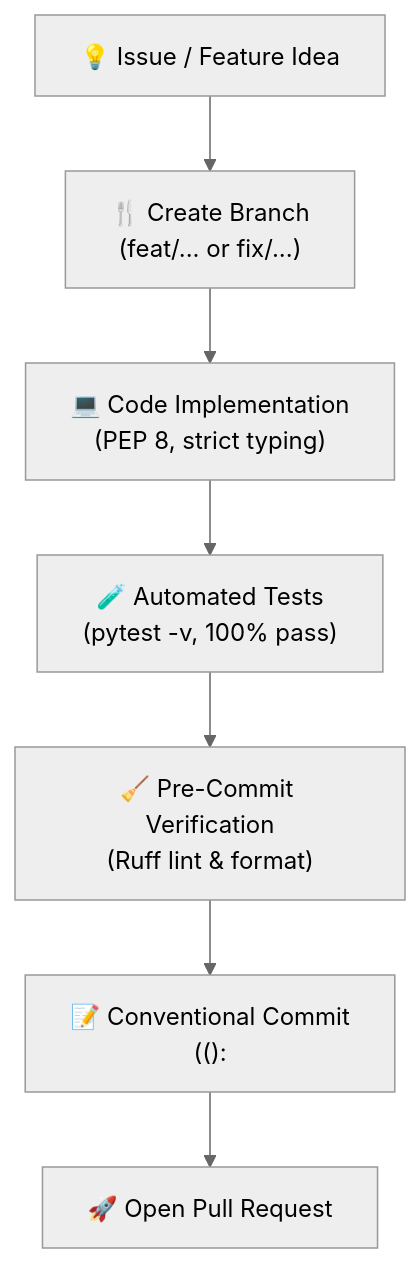
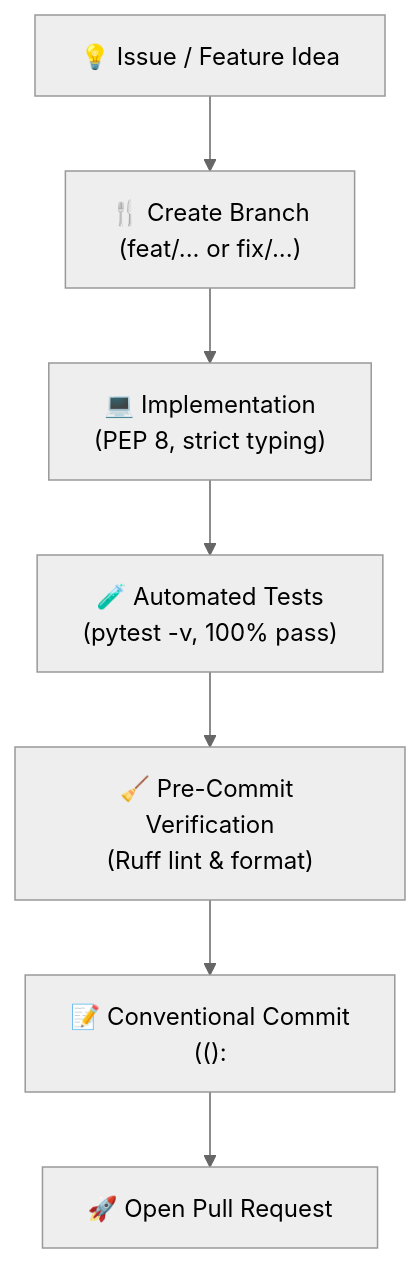
The diagram in CONTRIBUTING.md (marcosDLCS/datadis-analyzer), drawn with Mermaid (neutral theme) before and after one commit. The commit also changed other lines of this file and 2 other files, not shown here.

````diff
--- a/CONTRIBUTING.md
+++ b/CONTRIBUTING.md
@@ -18,9 +16,9 @@
 ```mermaid
 flowchart TD
     A["💡 Issue / Feature Idea"] --> B["🍴 Create Branch\n(feat/... or fix/...)"]
-    B --> C["💻 Code Implementation\n(PEP 8, strict typing)"]
+    B --> C["💻 Implementation\n(PEP 8, strict typing)"]
     C --> D["🧪 Automated Tests\n(pytest -v, 100% pass)"]
     D --> E["🧹 Pre-Commit Verification\n(Ruff lint & format)"]
     E --> F["📝 Conventional Commit\n(<type>(<scope>): <desc>)"]
     F --> G["🚀 Open Pull Request"]
 ```
````
